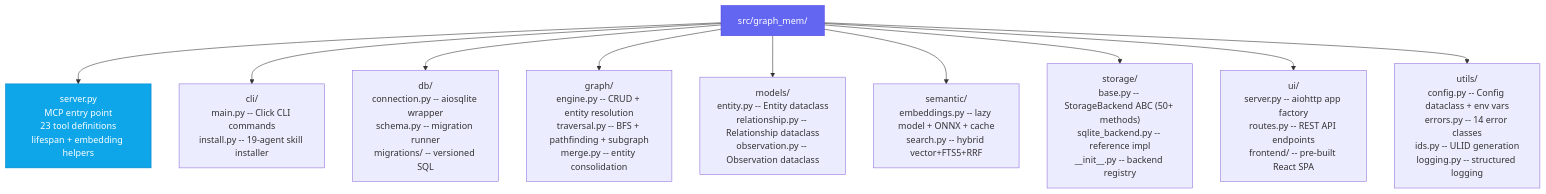
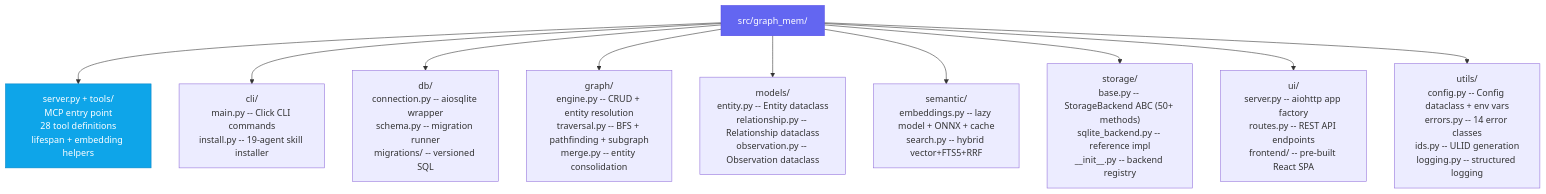
The eighth of 10 diagrams in how-it-works.md (Sathvik-1007/graphrag-mcp), drawn with Mermaid before and after one commit. The commit also changed other lines of this file and 2 other files, not shown here.

Commit message:
polish: 18 new tests (list_relationships, edge cases), fix docs 23→28 tools

````diff
--- a/how-it-works.md
+++ b/how-it-works.md
@@ -270,27 +270,27 @@
 ```mermaid
 graph TD
     Root["src/graph_mem/"]
 
-    Entry["server.py<br/>MCP entry point<br/>23 tool definitions<br/>lifespan + embedding helpers"]
+    Entry["server.py + tools/<br/>MCP entry point<br/>28 tool definitions<br/>lifespan + embedding helpers"]
     CLI["cli/<br/>main.py -- Click CLI commands<br/>install.py -- 19-agent skill installer"]
     DB["db/<br/>connection.py -- aiosqlite wrapper<br/>schema.py -- migration runner<br/>migrations/ -- versioned SQL"]
     GraphMod["graph/<br/>engine.py -- CRUD + entity resolution<br/>traversal.py -- BFS + pathfinding + subgraph<br/>merge.py -- entity consolidation"]
     Models["models/<br/>entity.py -- Entity dataclass<br/>relationship.py -- Relationship dataclass<br/>observation.py -- Observation dataclass"]
     SemanticMod["semantic/<br/>embeddings.py -- lazy model + ONNX + cache<br/>search.py -- hybrid vector+FTS5+RRF"]
     StorageMod["storage/<br/>base.py -- StorageBackend ABC (50+ methods)<br/>sqlite_backend.py -- reference impl<br/>__init__.py -- backend registry"]
     UIMod["ui/<br/>server.py -- aiohttp app factory<br/>routes.py -- REST API endpoints<br/>frontend/ -- pre-built React SPA"]
     Utils["utils/<br/>config.py -- Config dataclass + env vars<br/>errors.py -- 14 error classes<br/>ids.py -- ULID generation<br/>logging.py -- structured logging"]
 
     Root --> Entry
     Root --> CLI
     Root --> DB
     Root --> GraphMod
     Root --> Models
     Root --> SemanticMod
     Root --> StorageMod
     Root --> UIMod
     Root --> Utils
 
     style Root fill:#6366f1,stroke:#4f46e5,color:#fff
     style Entry fill:#0ea5e9,stroke:#0284c7,color:#fff
 ```
````
